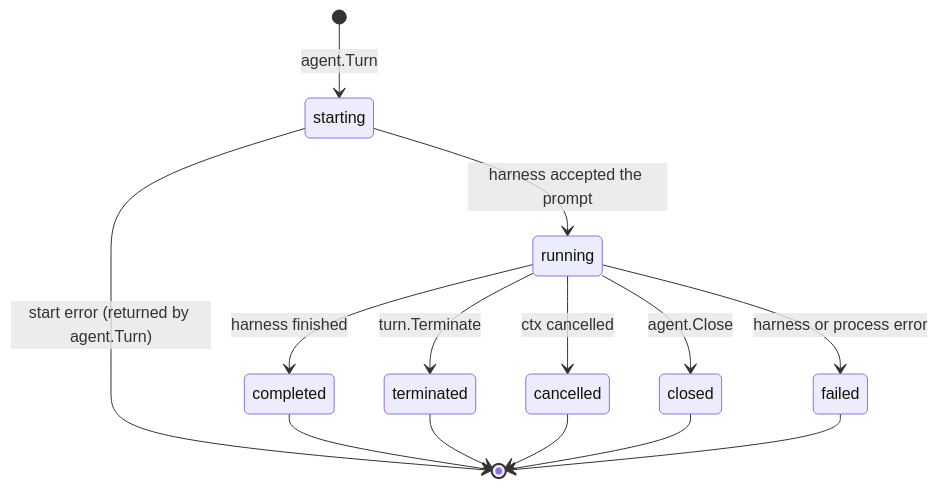
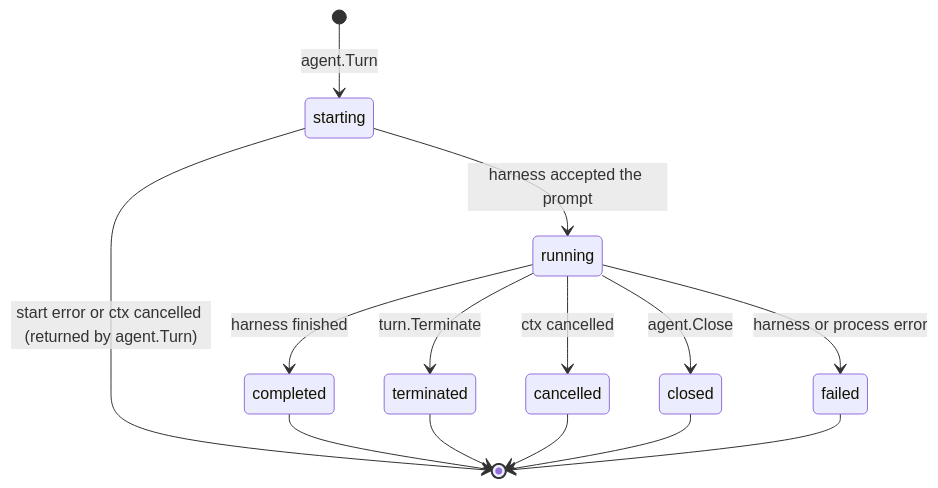
Before and after one commit to wenfengwang/cloud-agent-sdk: the diagram in design/001-core-api.md, drawn with Mermaid. The commit also changed other lines of this file and 5 other files, not shown here.

First line of the commit message:
fix(agent): return ctx.Err() when a turn start is cancelled

````diff
--- a/design/001-core-api.md
+++ b/design/001-core-api.md
@@ -40,16 +40,16 @@
 ```mermaid
 stateDiagram-v2
     [*] --> starting: agent.Turn
-    starting --> [*]: start error (returned by agent.Turn)
+    starting --> [*]: start error or ctx cancelled (returned by agent.Turn)
     starting --> running: harness accepted the prompt
     running --> completed: harness finished
     running --> terminated: turn.Terminate
     running --> cancelled: ctx cancelled
     running --> closed: agent.Close
     running --> failed: harness or process error
     completed --> [*]
     terminated --> [*]
     cancelled --> [*]
     closed --> [*]
     failed --> [*]
 ```
````
